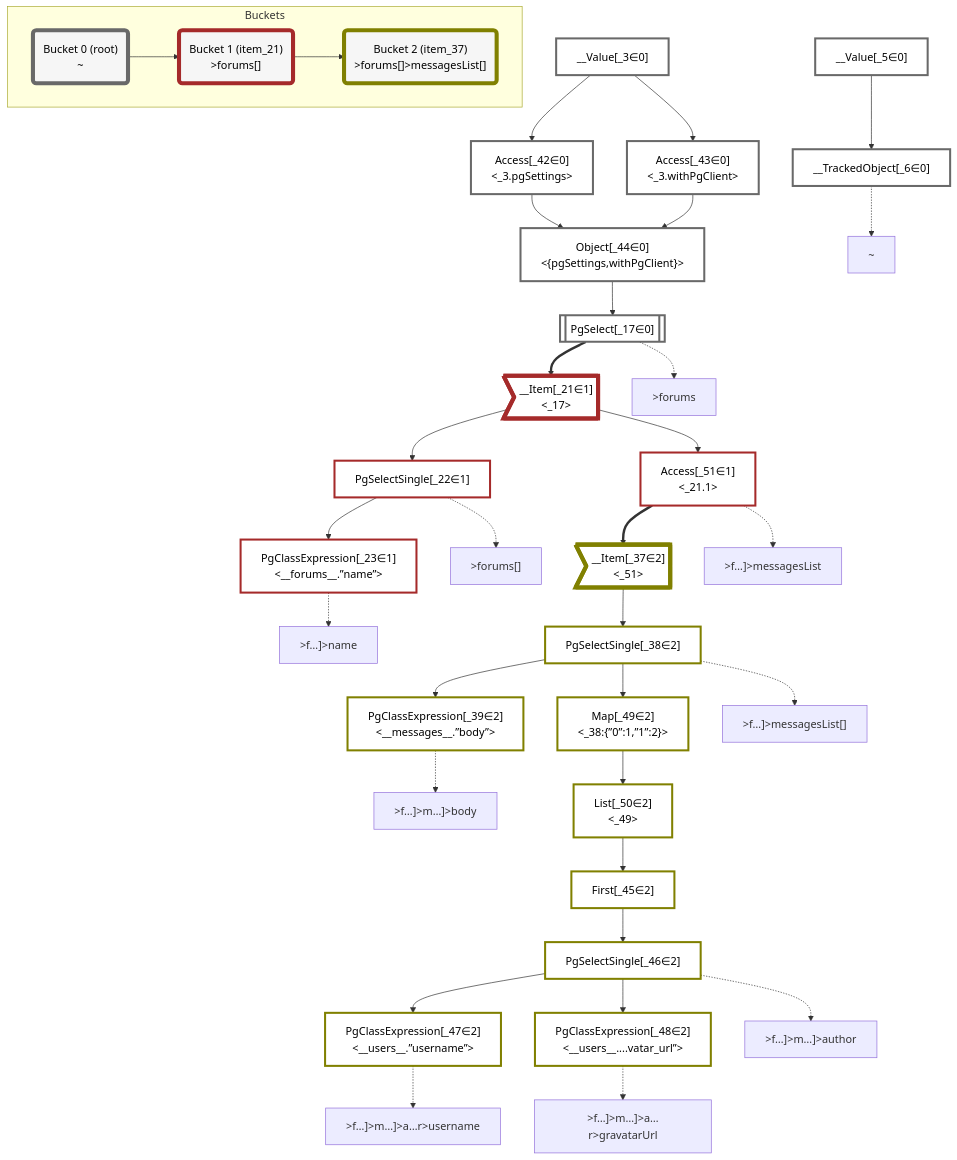
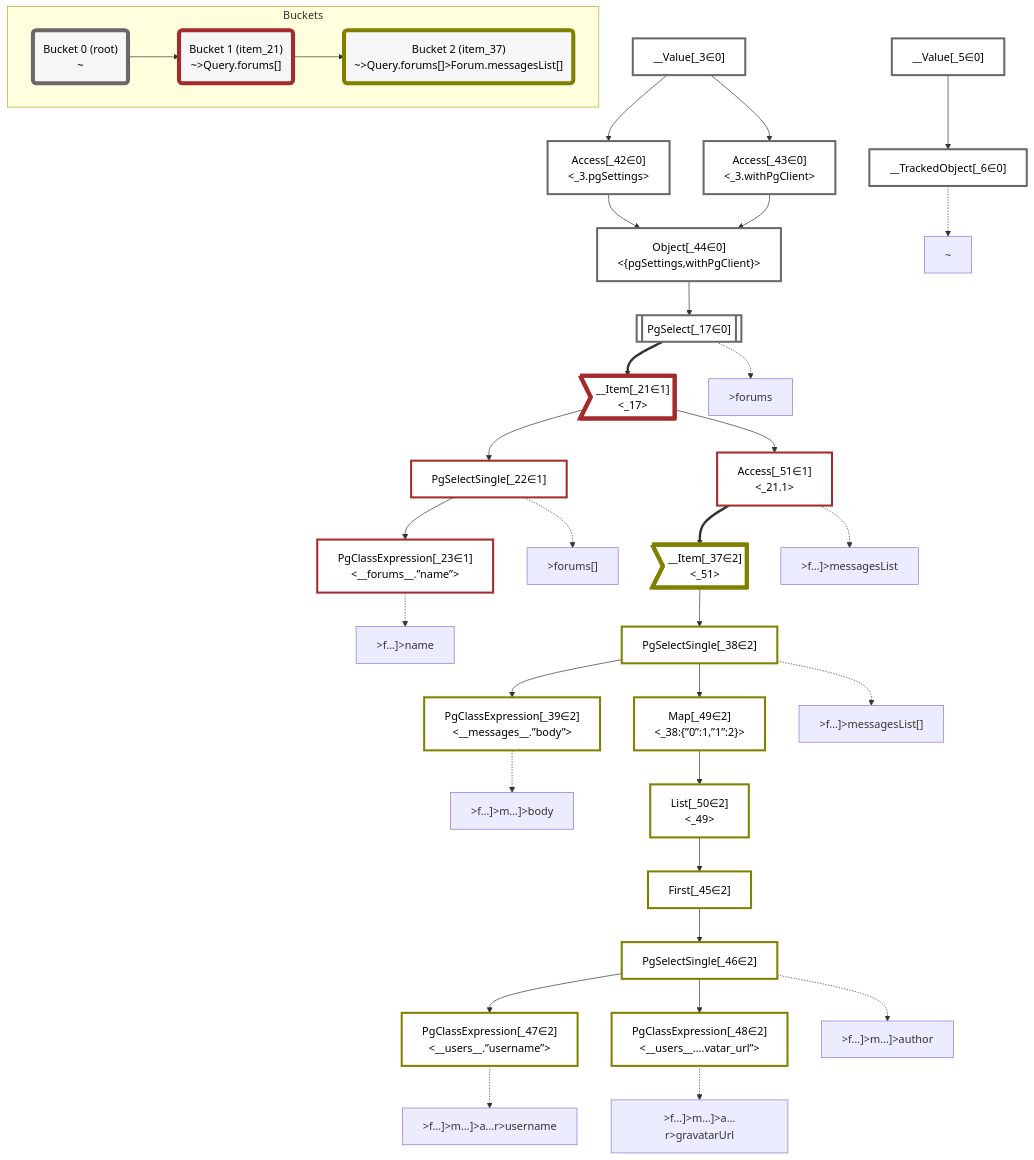
The diagram in packages/dataplan-pg/__tests__/queries/conditions/include-all-archived.mermaid.md (graphile/crystal), drawn with Mermaid before and after one commit. The commit also changed 141 other files, not shown here.

```diff
--- a/packages/dataplan-pg/__tests__/queries/conditions/include-all-archived.mermaid.md
+++ b/packages/dataplan-pg/__tests__/queries/conditions/include-all-archived.mermaid.md
@@ -83,10 +83,10 @@
     subgraph Buckets
     Bucket0("Bucket 0 (root)<br />~"):::bucket
     style Bucket0 stroke:#696969
-    Bucket1("Bucket 1 (item_21)<br />>forums[]"):::bucket
+    Bucket1("Bucket 1 (item_21)<br />~>Query.forums[]"):::bucket
     style Bucket1 stroke:#a52a2a
     Bucket0 --> Bucket1
-    Bucket2("Bucket 2 (item_37)<br />>forums[]>messagesList[]"):::bucket
+    Bucket2("Bucket 2 (item_37)<br />~>Query.forums[]>Forum.messagesList[]"):::bucket
     style Bucket2 stroke:#808000
     Bucket1 --> Bucket2
     end
```
